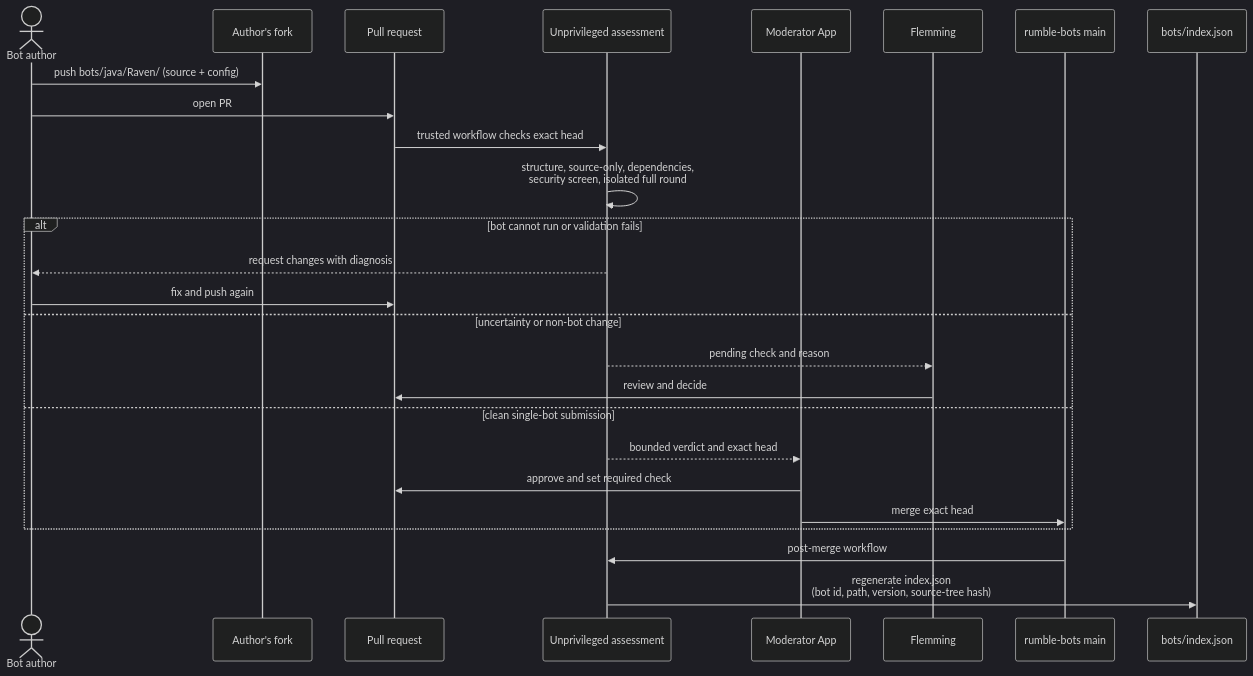
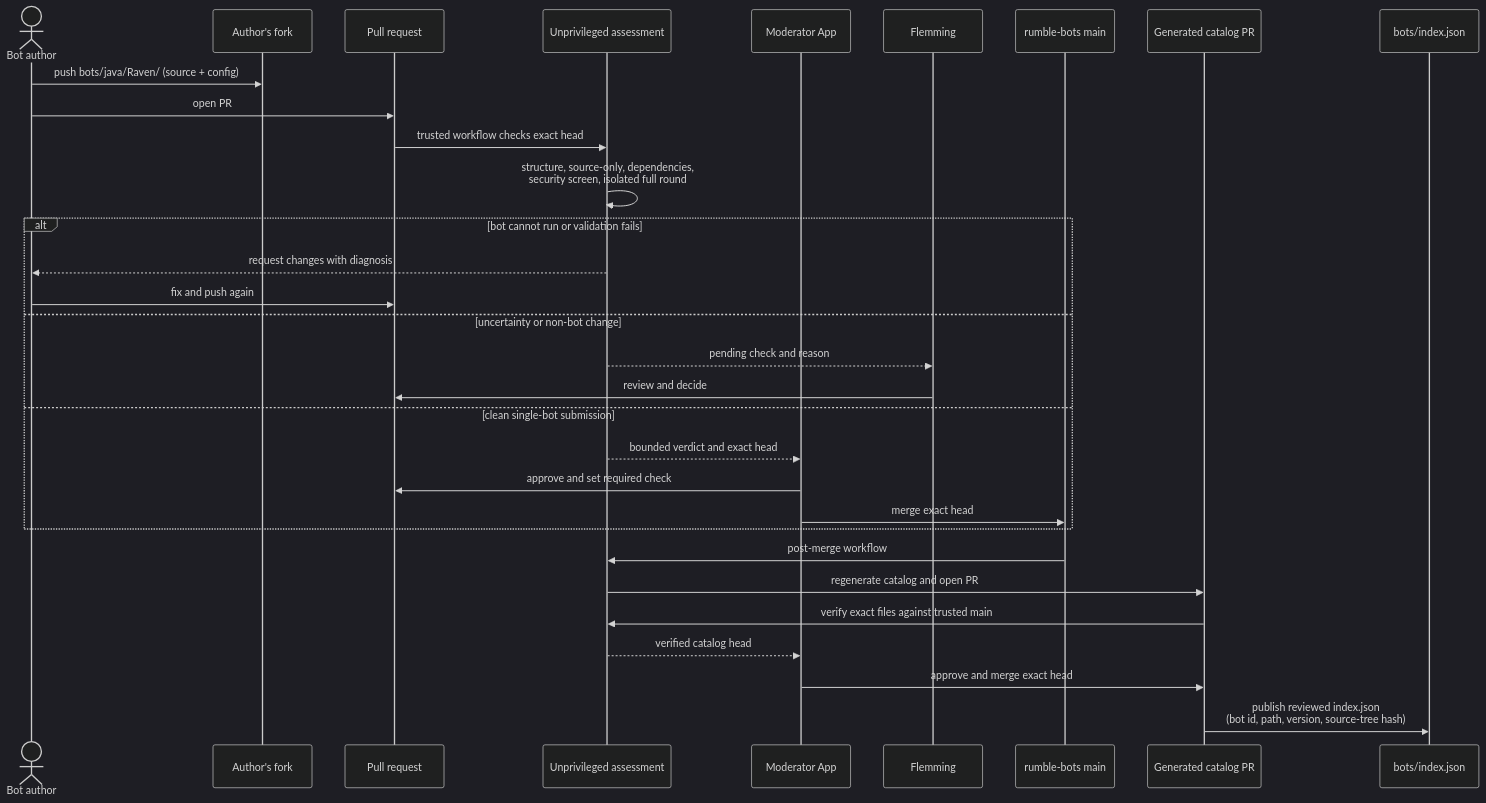
One commit to robocode-dev/tank-royale changed the first of 2 diagrams in docs/design/rumble/bot-submission.md. Above: the diagram before and after it, drawn with Mermaid (dark theme). The commit also changed 4 other files, not shown here.

Commit message:
Record verified-PR catalog publication path

````diff
--- a/docs/design/rumble/bot-submission.md
+++ b/docs/design/rumble/bot-submission.md
@@ -43,29 +43,34 @@
 ```mermaid
 sequenceDiagram
     actor Author as Bot author
     participant Fork as Author's fork
     participant PR as Pull request
     participant CI as Unprivileged assessment
     participant App as Moderator App
     participant Mod as Flemming
     participant Main as rumble-bots main
+    participant CatalogPR as Generated catalog PR
     participant Index as bots/index.json
 
     Author->>Fork: push bots/java/Raven/ (source + config)
     Author->>PR: open PR
     PR->>CI: trusted workflow checks exact head
     CI->>CI: structure, source-only, dependencies,<br/>security screen, isolated full round
     alt bot cannot run or validation fails
         CI-->>Author: request changes with diagnosis
         Author->>PR: fix and push again
     else uncertainty or non-bot change
         CI-->>Mod: pending check and reason
         Mod->>PR: review and decide
     else clean single-bot submission
         CI-->>App: bounded verdict and exact head
         App->>PR: approve and set required check
         App->>Main: merge exact head
     end
     Main->>CI: post-merge workflow
-    CI->>Index: regenerate index.json<br/>(bot id, path, version, source-tree hash)
+    CI->>CatalogPR: regenerate catalog and open PR
+    CatalogPR->>CI: verify exact files against trusted main
+    CI-->>App: verified catalog head
+    App->>CatalogPR: approve and merge exact head
+    CatalogPR->>Index: publish reviewed index.json<br/>(bot id, path, version, source-tree hash)
 ```
````
